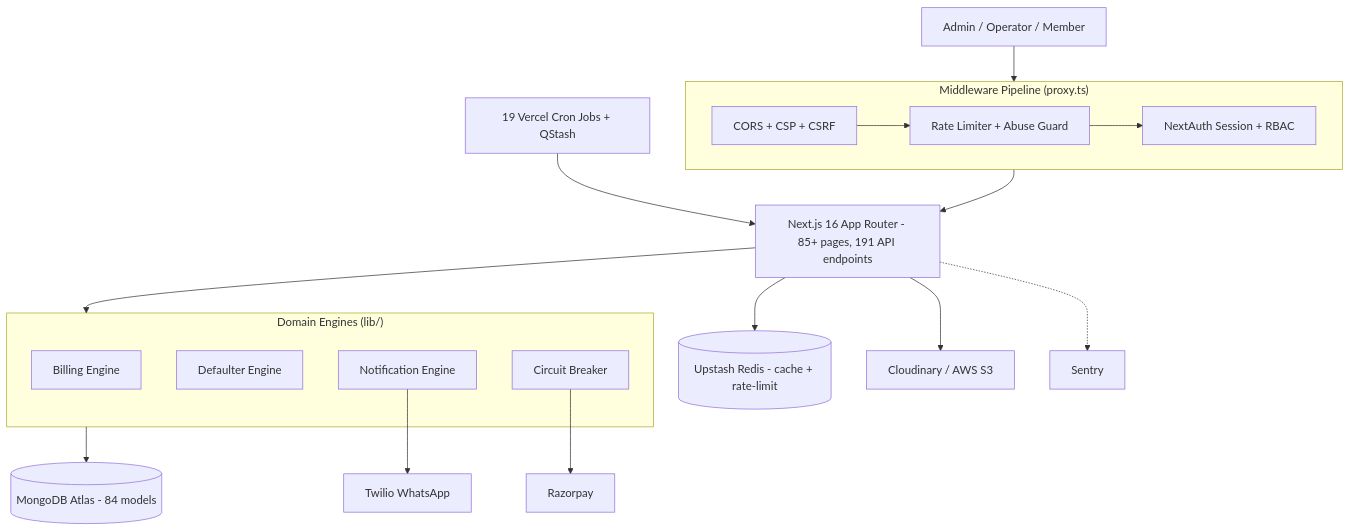
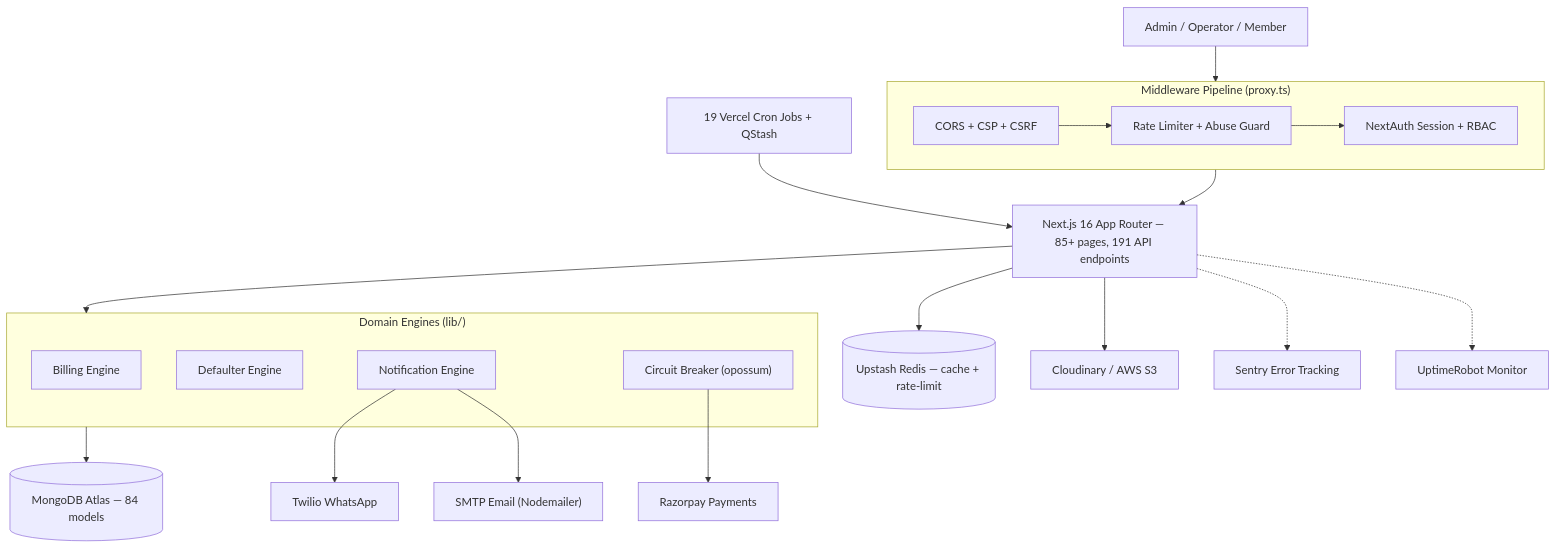
The diagram in README.md (Manthan-13521/Mordern-Buisness-Management), drawn with Mermaid before and after one commit. The commit also changed other lines of this file, not shown here.

````diff
--- a/README.md
+++ b/README.md
@@ -35,27 +52,29 @@
 ```mermaid
 flowchart TD
     U["Admin / Operator / Member"] --> MW
 
     subgraph MW["Middleware Pipeline (proxy.ts)"]
         M1["CORS + CSP + CSRF"] --> M2["Rate Limiter + Abuse Guard"] --> M3["NextAuth Session + RBAC"]
     end
 
-    MW --> RT["Next.js 16 App Router - 85+ pages, 191 API endpoints"]
+    MW --> RT["Next.js 16 App Router — 85+ pages, 191 API endpoints"]
     RT --> ENG
 
     subgraph ENG["Domain Engines (lib/)"]
         BE["Billing Engine"]
         DE["Defaulter Engine"]
         NE["Notification Engine"]
-        CB["Circuit Breaker"]
+        CB["Circuit Breaker (opossum)"]
     end
 
-    ENG --> DB[("MongoDB Atlas - 84 models")]
-    RT --> RD[("Upstash Redis - cache + rate-limit")]
+    ENG --> DB[("MongoDB Atlas — 84 models")]
+    RT --> RD[("Upstash Redis — cache + rate-limit")]
 
-    CB --> RZP["Razorpay"]
+    CB --> RZP["Razorpay Payments"]
     NE --> TWL["Twilio WhatsApp"]
+    NE --> SMTP["SMTP Email (Nodemailer)"]
     RT --> CLD["Cloudinary / AWS S3"]
-    RT -.-> SNT["Sentry"]
+    RT -.-> SNT["Sentry Error Tracking"]
+    RT -.-> UPT["UptimeRobot Monitor"]
     CRON["19 Vercel Cron Jobs + QStash"] --> RT
 ```
````
